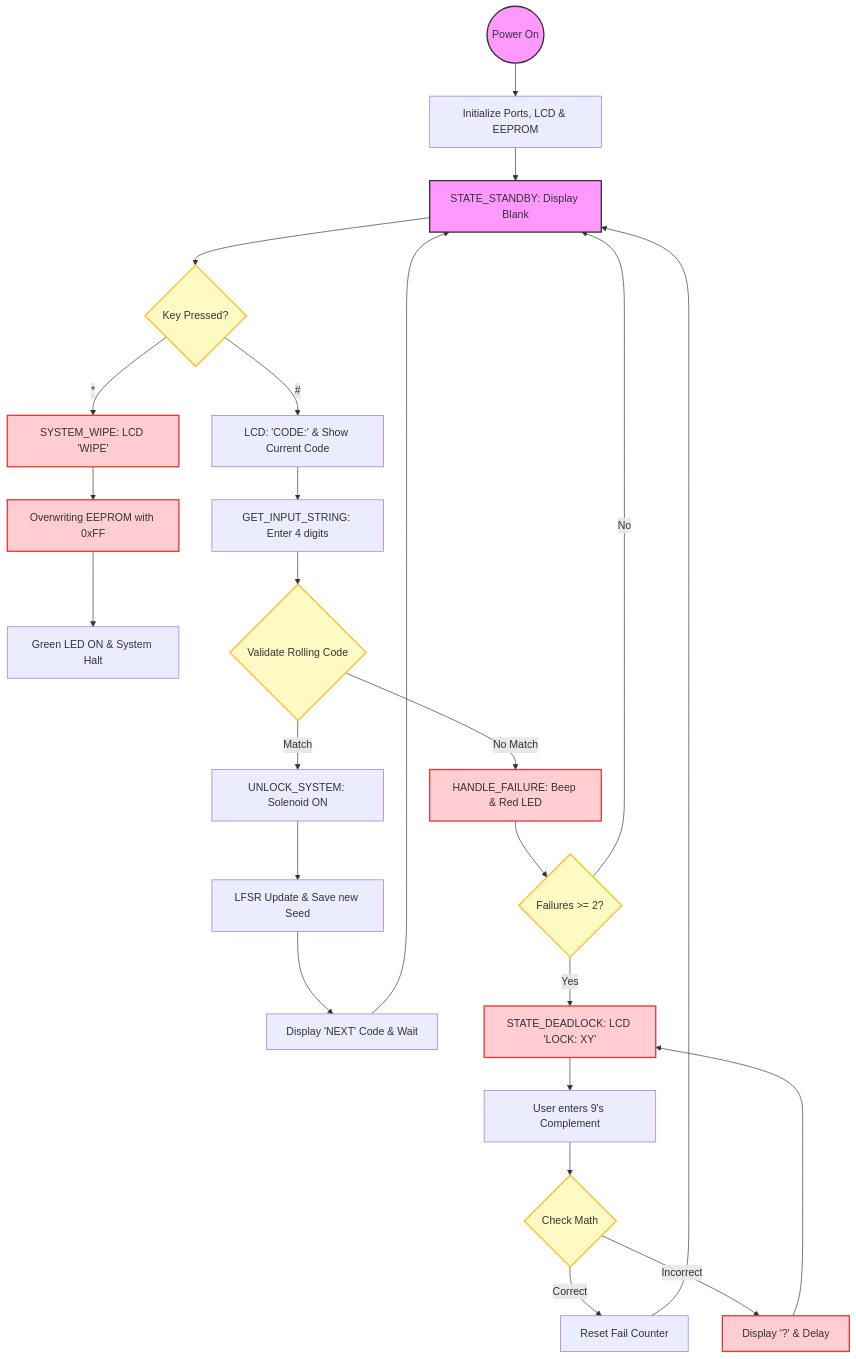
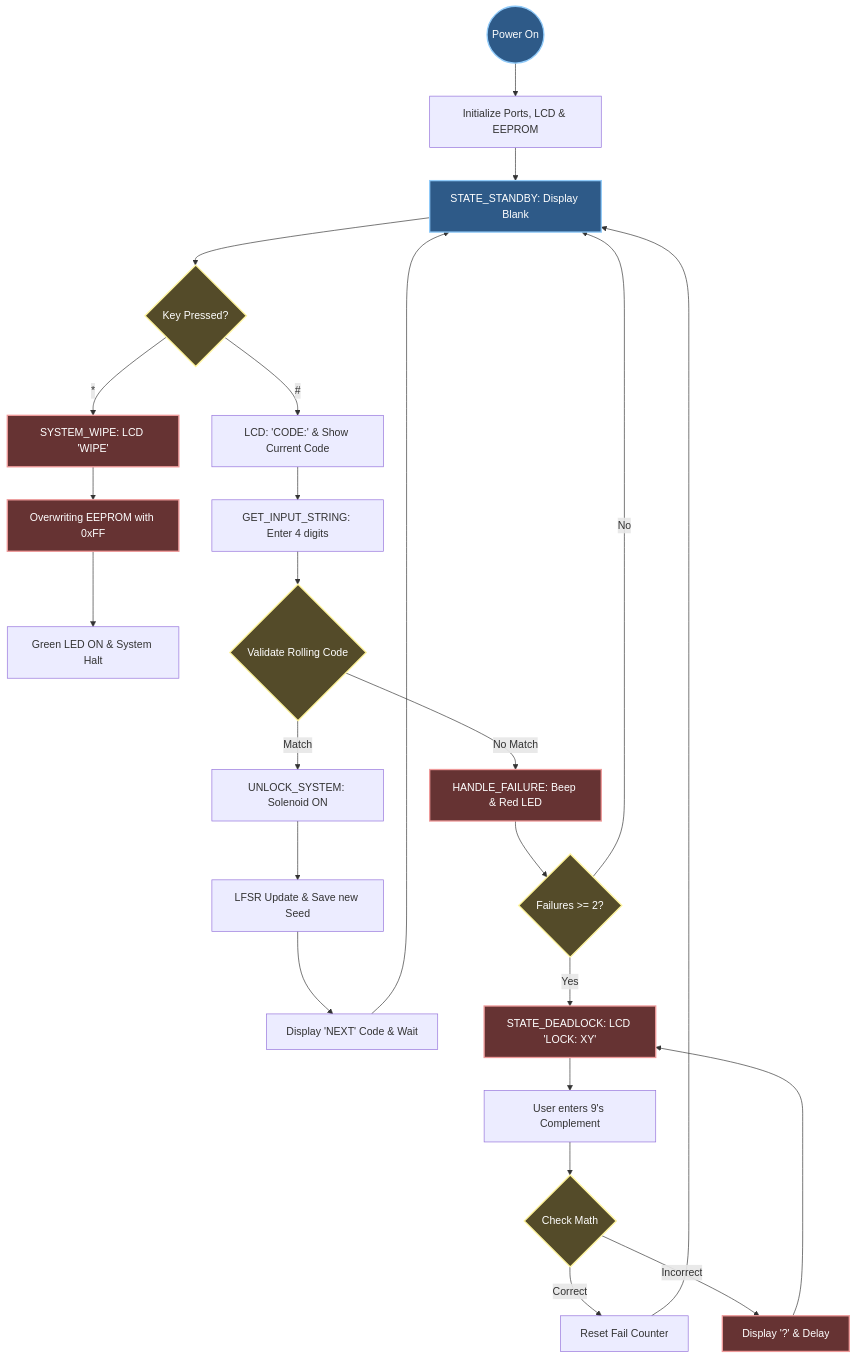
The diagram in README.md (dulshara08/ROLLING-CODE-DIGITAL-LOCK), drawn with Mermaid before and after one commit.

Commit message:
Update Mermaid diagram styles in README.md

````diff
--- a/README.md
+++ b/README.md
@@ -9,47 +9,47 @@
 ```mermaid
 graph TD
     %% Define Styles
-    classDef startEnd fill:#f9f,stroke:#333,stroke-width:2px;
-    classDef process fill:#fff,stroke:#333,stroke-width:1px;
-    classDef decision fill:#fff9c4,stroke:#fbc02d,stroke-width:2px;
-    classDef danger fill:#ffcdd2,stroke:#e53935,stroke-width:2px;
+    classDef startEnd fill:#2E5A88,stroke:#90CAF9,stroke-width:2px,color:#fff;
+    classDef process fill:#4A3B52,stroke:#CE93D8,stroke-width:1px,color:#fff;
+    classDef decision fill:#544B29,stroke:#FFF59D,stroke-width:2px,color:#fff;
+    classDef danger fill:#663333,stroke:#EF9A9A,stroke-width:2px,color:#fff;
 
     Start((Power On)) --> Init[Initialize Ports, LCD & EEPROM]
     Init --> Standby[STATE_STANDBY: Display Blank]
     
     Standby --> KeyScan{Key Pressed?}
     
     KeyScan -- # --> DisplayCode[LCD: 'CODE:' & Show Current Code]
     KeyScan -- * --> Wipe[SYSTEM_WIPE: LCD 'WIPE']
     
     Wipe --> EraseEEPROM[Overwriting EEPROM with 0xFF]
     EraseEEPROM --> Signal[Green LED ON & System Halt]
 
     DisplayCode --> Input[GET_INPUT_STRING: Enter 4 digits]
     Input --> Validate{Validate Rolling Code}
 
     Validate -- Match --> Unlock[UNLOCK_SYSTEM: Solenoid ON]
     Unlock --> UpdateSeed[LFSR Update & Save new Seed]
     UpdateSeed --> Delay[Display 'NEXT' Code & Wait]
     Delay --> Standby
 
     Validate -- No Match --> Error[HANDLE_FAILURE: Beep & Red LED]
     Error --> FailCount{Failures >= 2?}
     
     FailCount -- No --> Standby
     FailCount -- Yes --> Deadlock[STATE_DEADLOCK: LCD 'LOCK: XY']
 
     Deadlock --> RecoveryInput[User enters 9's Complement]
     RecoveryInput --> RecoveryCheck{Check Math}
     
     RecoveryCheck -- Correct --> ResetFail[Reset Fail Counter]
     ResetFail --> Standby
     
     RecoveryCheck -- Incorrect --> Lockout[Display '?' & Delay]
     Lockout --> Deadlock
 
     %% Apply Styles
     class Start,Standby startEnd;
     class Validate,FailCount,RecoveryCheck,KeyScan decision;
     class Deadlock,Error,Lockout,Wipe,EraseEEPROM danger;
 ```
````
